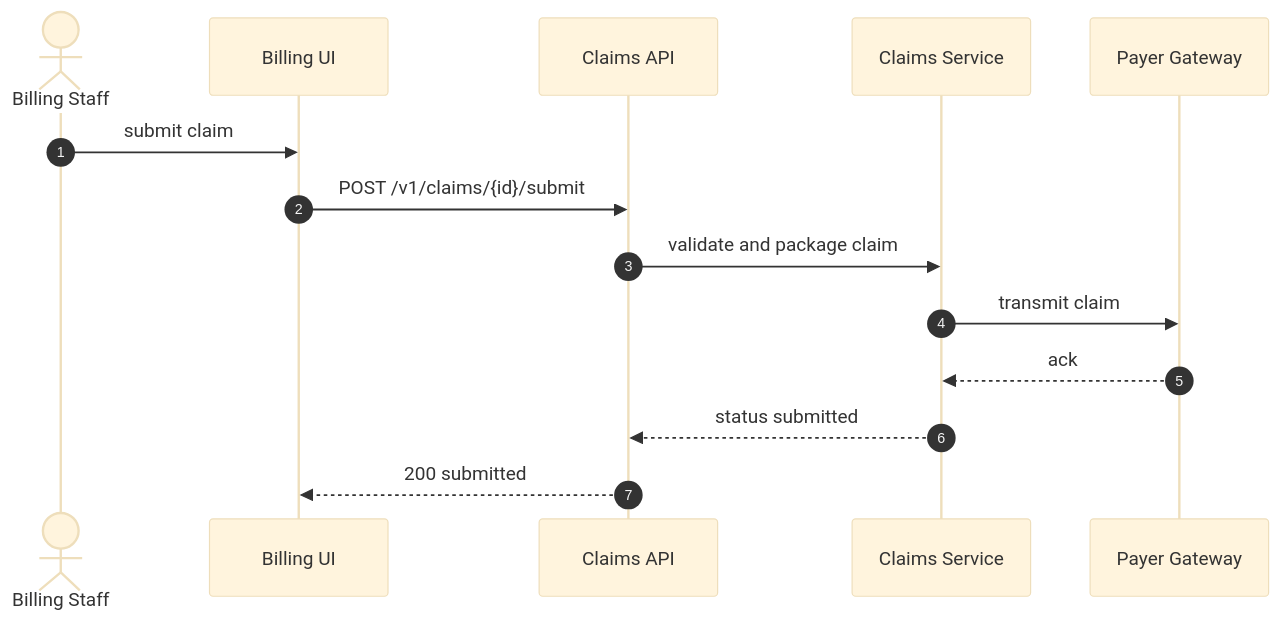
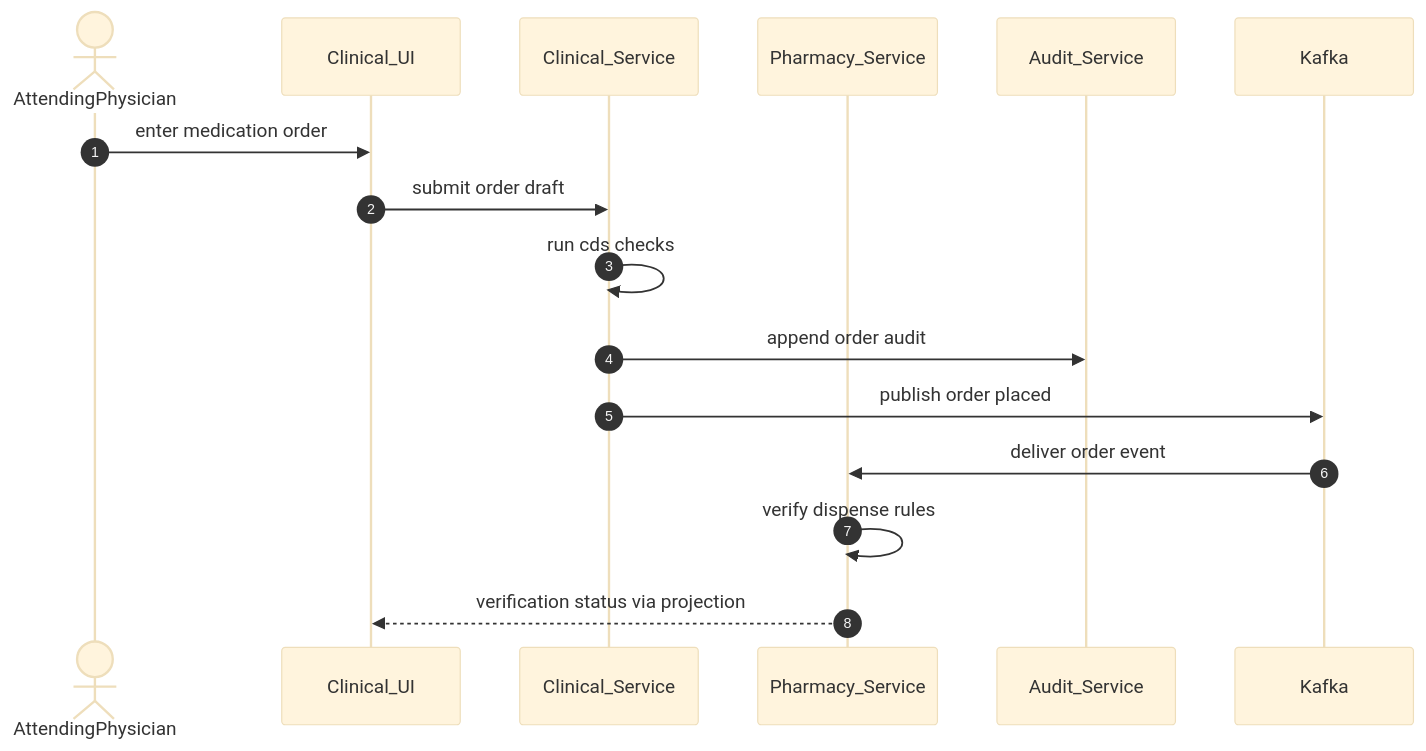
Before and after one commit to 0Ankit0/Project-Ideas: the second of 4 diagrams in Hospital Information System/high-level-design/system-sequence-diagrams.md, drawn with Mermaid (base theme). The commit also changed other lines of this file and 18 other files, not shown here.

````diff
--- a/Hospital Information System/high-level-design/system-sequence-diagrams.md
+++ b/Hospital Information System/high-level-design/system-sequence-diagrams.md
@@ -22,17 +36,19 @@
 ```mermaid
 sequenceDiagram
     autonumber
-    actor Bill as Billing Staff
-    participant UI as Billing UI
-    participant API as Claims API
-    participant CLM as Claims Service
-    participant Payer as Payer Gateway
+    actor Physician as AttendingPhysician
+    participant UI as Clinical_UI
+    participant Clinical as Clinical_Service
+    participant Pharmacy as Pharmacy_Service
+    participant Audit as Audit_Service
+    participant Bus as Kafka
 
-    Bill->>UI: submit claim
-    UI->>API: POST /v1/claims/{id}/submit
-    API->>CLM: validate and package claim
-    CLM->>Payer: transmit claim
-    Payer-->>CLM: ack
-    CLM-->>API: status submitted
-    API-->>UI: 200 submitted
+    Physician->>UI: enter medication order
+    UI->>Clinical: submit order draft
+    Clinical->>Clinical: run cds checks
+    Clinical->>Audit: append order audit
+    Clinical->>Bus: publish order placed
+    Bus->>Pharmacy: deliver order event
+    Pharmacy->>Pharmacy: verify dispense rules
+    Pharmacy-->>UI: verification status via projection
 ```
````
